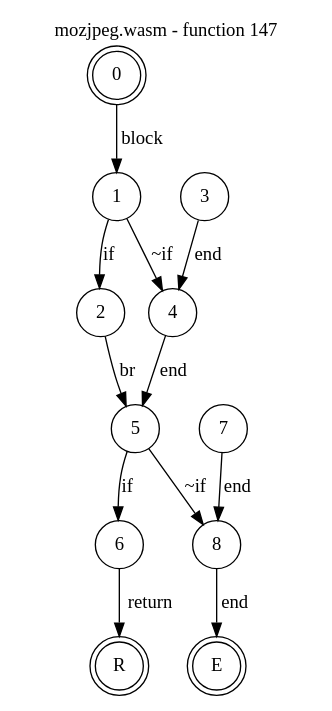
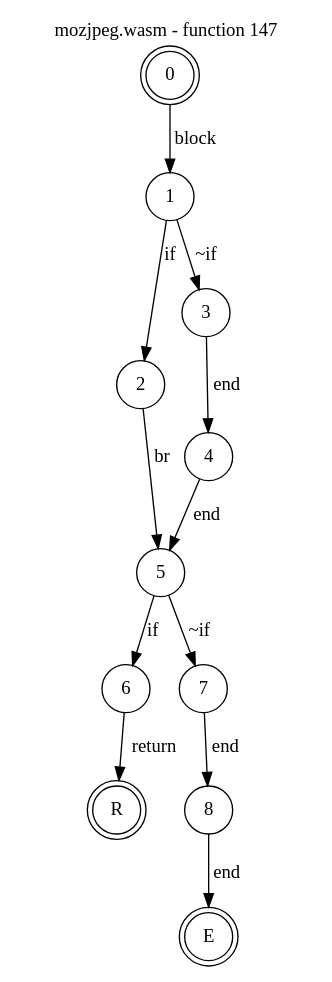
Before and after one commit to jsCarleton/wanalyze: the diagram in test_cases/mozjpeg/funcs/mozjpeg-func147.dot, drawn with Graphviz. The commit also changed 581 other files, not shown here.

```diff
--- a/test_cases/mozjpeg/funcs/mozjpeg-func147.dot
+++ b/test_cases/mozjpeg/funcs/mozjpeg-func147.dot
@@ -1,20 +1,20 @@
 digraph finite_state_machine {
     label = "mozjpeg.wasm - function 147"
     labelloc =  t
     labelfontsize = 16
     labelfontcolor = black
     labelfontname = "Helvetica"
     node [shape = doublecircle]; 0 E R ;
     node [shape = circle];
     0 -> 1[label="block"];
     1 -> 2[label="if"];
-    1 -> 4[label="~if"];
+    1 -> 3[label="~if"];
     2 -> 5[label="br"];
     3 -> 4[label="end"];
     4 -> 5[label="end"];
     5 -> 6[label="if"];
-    5 -> 8[label="~if"];
+    5 -> 7[label="~if"];
     6 -> R[label="return"];
     7 -> 8[label="end"];
     8 -> E[label="end"];
 }
```
